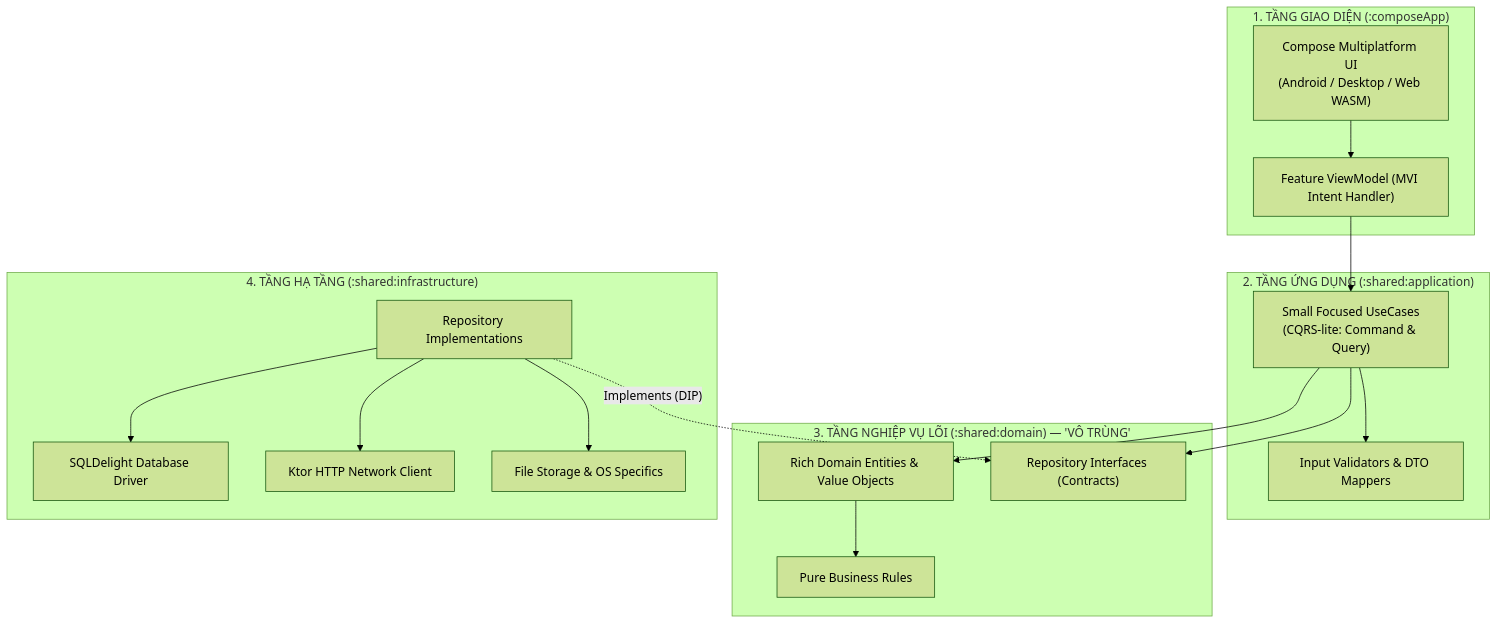
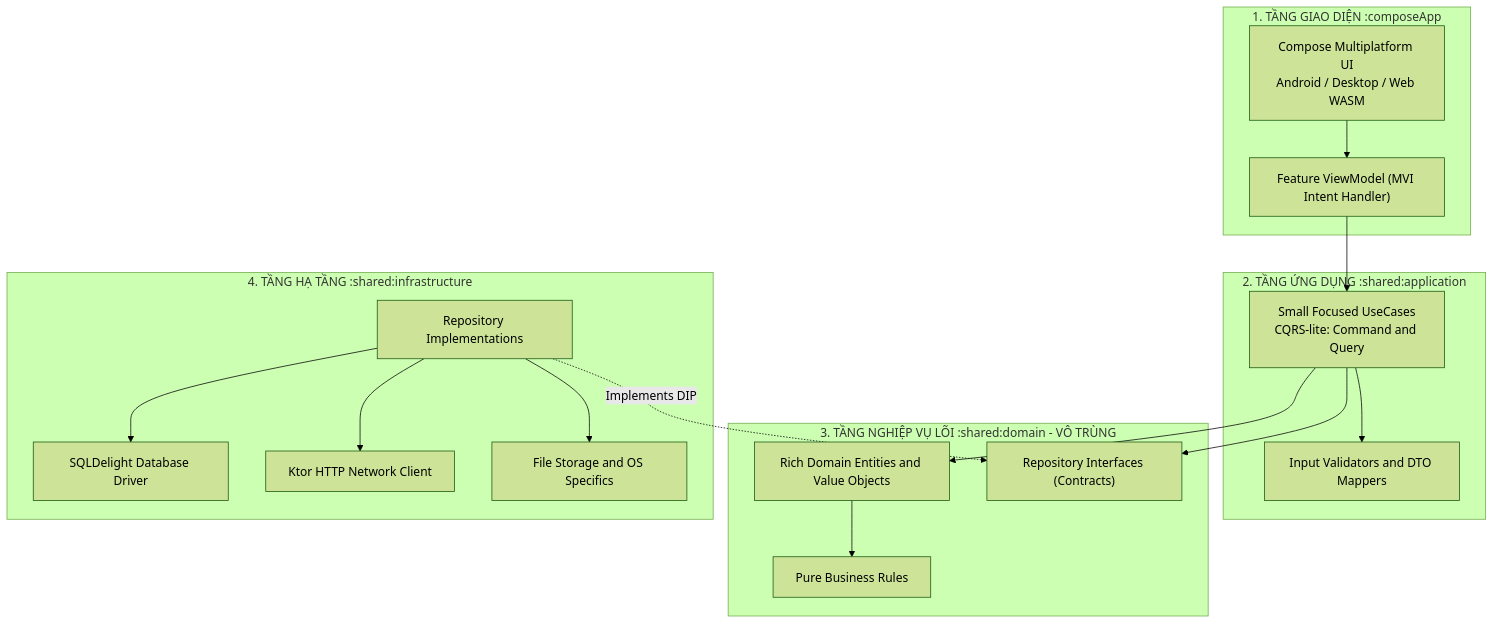
The first of 2 diagrams in content/posts/skills-kmp-architecture-design-patterns.md (vinh-gogo/glory-hinody), drawn with Mermaid (forest theme) before and after one commit. The commit also changed other lines of this file and 3 other files, not shown here.

Commit message:
fix: remove stat tags from post detail and fix mermaid diagram syntax

````diff
--- a/content/posts/skills-kmp-architecture-design-patterns.md
+++ b/content/posts/skills-kmp-architecture-design-patterns.md
@@ -57,35 +57,35 @@
 ```mermaid
 flowchart TD
-    subgraph UI_LAYER["1. TẦNG GIAO DIỆN (:composeApp)"]
-        UI["Compose Multiplatform UI<br/>(Android / Desktop / Web WASM)"]
+    subgraph UI_LAYER["1. TẦNG GIAO DIỆN :composeApp"]
+        UI["Compose Multiplatform UI<br/>Android / Desktop / Web WASM"]
         VM["Feature ViewModel (MVI Intent Handler)"]
         UI --> VM
     end
 
-    subgraph APP_LAYER["2. TẦNG ỨNG DỤNG (:shared:application)"]
-        UC["Small Focused UseCases<br/>(CQRS-lite: Command & Query)"]
-        VAL["Input Validators & DTO Mappers"]
+    subgraph APP_LAYER["2. TẦNG ỨNG DỤNG :shared:application"]
+        UC["Small Focused UseCases<br/>CQRS-lite: Command and Query"]
+        VAL["Input Validators and DTO Mappers"]
         VM --> UC
         UC --> VAL
     end
 
-    subgraph DOMAIN_LAYER["3. TẦNG NGHIỆP VỤ LÕI (:shared:domain) — 'VÔ TRÙNG'"]
-        ENT["Rich Domain Entities & Value Objects"]
+    subgraph DOMAIN_LAYER["3. TẦNG NGHIỆP VỤ LÕI :shared:domain - VÔ TRÙNG"]
+        ENT["Rich Domain Entities and Value Objects"]
         REPO_INT["Repository Interfaces (Contracts)"]
         RULES["Pure Business Rules"]
         UC --> REPO_INT
         UC --> ENT
         ENT --> RULES
     end
 
-    subgraph INFRA_LAYER["4. TẦNG HẠ TẦNG (:shared:infrastructure)"]
+    subgraph INFRA_LAYER["4. TẦNG HẠ TẦNG :shared:infrastructure"]
         SQL["SQLDelight Database Driver"]
         KTOR["Ktor HTTP Network Client"]
-        FS["File Storage & OS Specifics"]
+        FS["File Storage and OS Specifics"]
         REPO_IMPL["Repository Implementations"]
-        REPO_IMPL -.->|"Implements (DIP)"| REPO_INT
+        REPO_IMPL -.->|Implements DIP| REPO_INT
         REPO_IMPL --> SQL
         REPO_IMPL --> KTOR
         REPO_IMPL --> FS
     end
 ```
````
